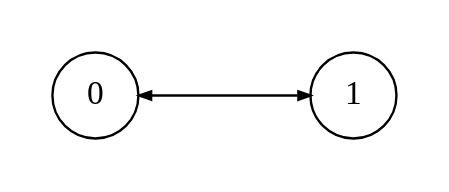
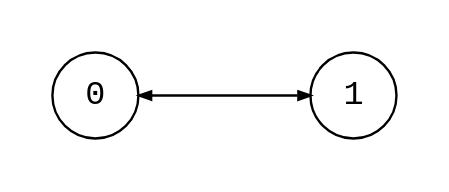
The diagram in src/cycle_2.dot (bsdrks/graaf-images), drawn with Graphviz before and after one commit. The commit also changed 26 other files, not shown here.

```diff
--- a/src/cycle_2.dot
+++ b/src/cycle_2.dot
@@ -1,11 +1,11 @@
 digraph {
-    node [shape=circle, fontname="Operator Mono"];
+    node [shape=circle, fontname="monospace"];
     edge [arrowsize=0.5];
     layout=circo;
     pad=0.2;
 
     0 [label="0"];
     1 [label="1"];
 
     0 -> 1 [dir="both"];
 }
```
